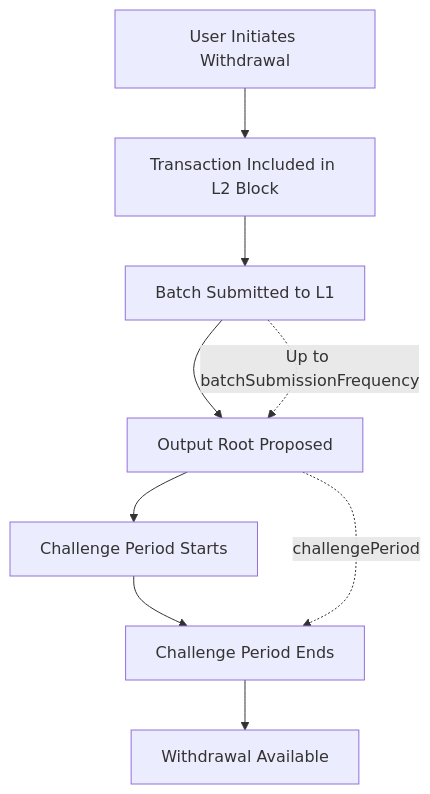
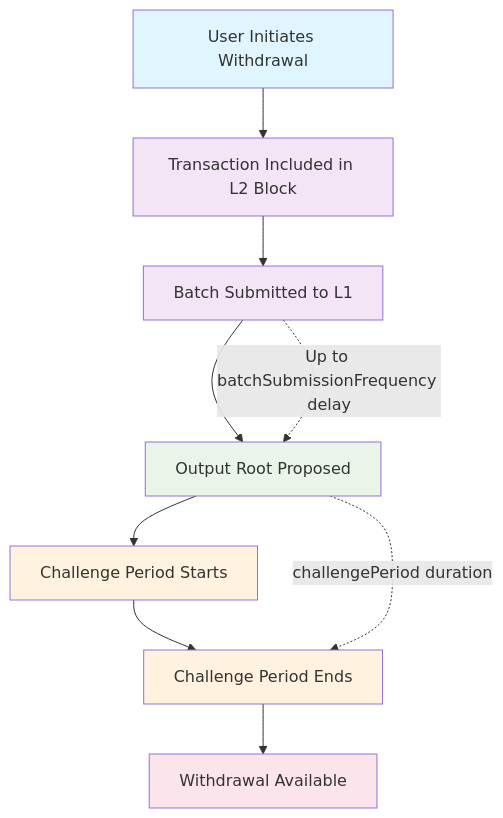
The first of 2 diagrams in docs/withdrawal-monitoring.md (tokamak-network/tokamak-rollup-metadata-repository), drawn with Mermaid before and after one commit. The commit also changed other lines of this file, not shown here.

First line of the commit message:
docs: improve withdrawal monitoring flowcharts and documentation

````diff
--- a/docs/withdrawal-monitoring.md
+++ b/docs/withdrawal-monitoring.md
@@ -39,12 +43,26 @@
 ```mermaid
 graph TD
     A[User Initiates Withdrawal] --> B[Transaction Included in L2 Block]
     B --> C[Batch Submitted to L1]
     C --> D[Output Root Proposed]
     D --> E[Challenge Period Starts]
     E --> F[Challenge Period Ends]
     F --> G[Withdrawal Available]
 
-    C -.->|Up to batchSubmissionFrequency| D
-    D -.->|challengePeriod| F
+    %% Timing constraints
+    C -.->|Up to batchSubmissionFrequency delay| D
+    D -.->|challengePeriod duration| F
+
+    %% Styling
+    classDef userAction fill:#e1f5fe
+    classDef l2Action fill:#f3e5f5
+    classDef l1Action fill:#e8f5e8
+    classDef securityAction fill:#fff3e0
+    classDef finalAction fill:#fce4ec
+
+    class A userAction
+    class B,C l2Action
+    class D l1Action
+    class E,F securityAction
+    class G finalAction
 ```
````
